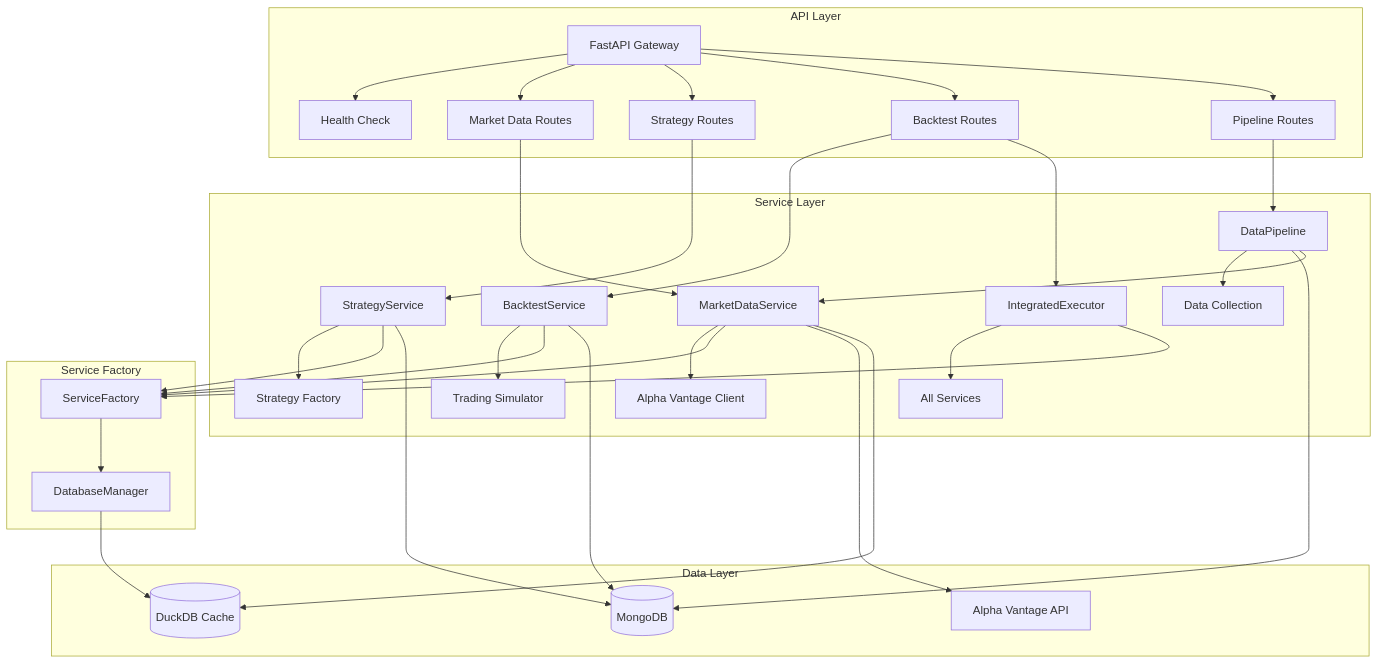
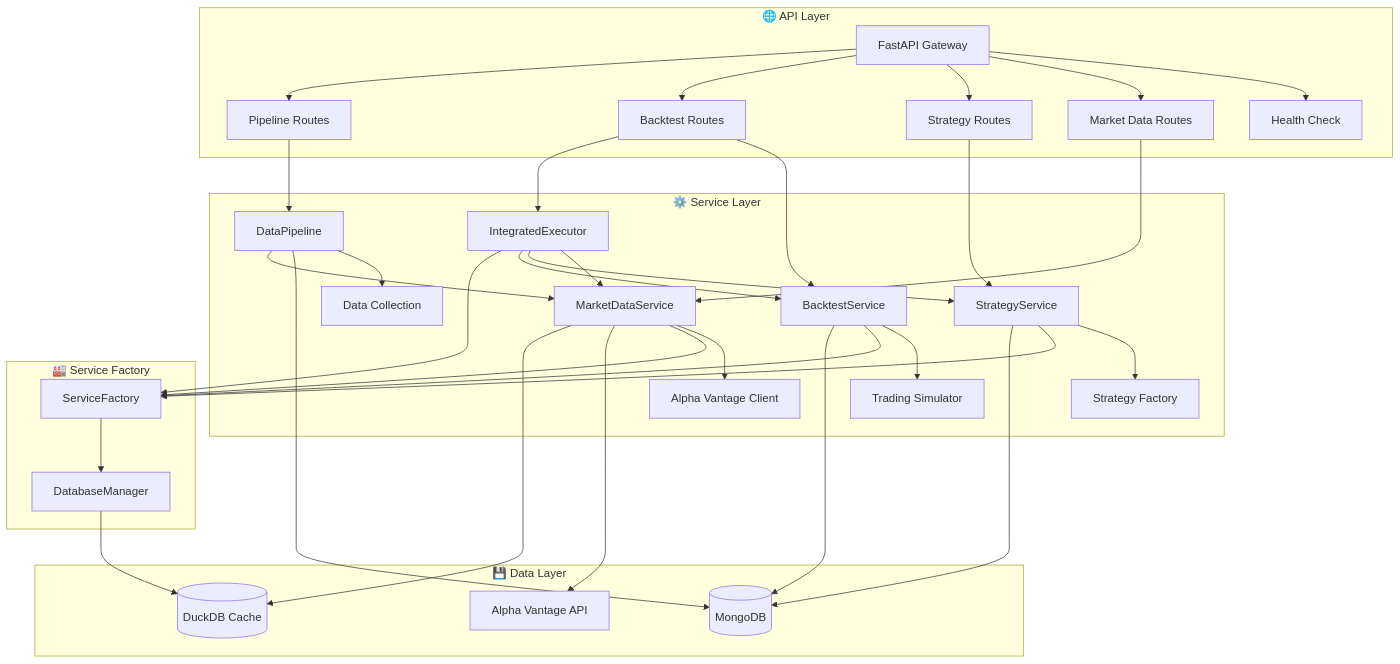
Before and after one commit to Br0therDan/quant: the first of 4 diagrams in README.md, drawn with Mermaid. The commit also changed 1 other file, not shown here.

Commit message:
fix: Update Mermaid diagram syntax for proper rendering

````diff
--- a/README.md
+++ b/README.md
@@ -9,48 +9,73 @@
 ```mermaid
 graph TB
-    subgraph "API Layer"
-        A[FastAPI Gateway] --> B[Health Check]
-        A --> C[Market Data Routes]
-        A --> D[Strategy Routes]
-        A --> E[Backtest Routes]
-        A --> F[Pipeline Routes]
+    subgraph API["🌐 API Layer"]
+        A[FastAPI Gateway]
+        B[Health Check]
+        C[Market Data Routes]
+        D[Strategy Routes]
+        E[Backtest Routes]
+        F[Pipeline Routes]
     end
 
-    subgraph "Service Layer"
-        G[MarketDataService] --> G1[Alpha Vantage Client]
-        H[StrategyService] --> H1[Strategy Factory]
-        I[BacktestService] --> I1[Trading Simulator]
-        J[DataPipeline] --> J1[Data Collection]
-        K[IntegratedExecutor] --> L[All Services]
+    subgraph SERVICE["⚙️ Service Layer"]
+        G[MarketDataService]
+        G1[Alpha Vantage Client]
+        H[StrategyService]
+        H1[Strategy Factory]
+        I[BacktestService]
+        I1[Trading Simulator]
+        J[DataPipeline]
+        J1[Data Collection]
+        K[IntegratedExecutor]
     end
 
-    subgraph "Data Layer"
+    subgraph DATA["💾 Data Layer"]
         M[(MongoDB)]
         N[(DuckDB Cache)]
         O[Alpha Vantage API]
     end
 
-    subgraph "Service Factory"
+    subgraph FACTORY["🏭 Service Factory"]
         SF[ServiceFactory]
         DM[DatabaseManager]
     end
 
+    %% API Layer Connections
+    A --> B
+    A --> C
+    A --> D
+    A --> E
+    A --> F
+
+    %% Service Layer Internal
+    G --> G1
+    H --> H1
+    I --> I1
+    J --> J1
+    K --> G
+    K --> H
+    K --> I
+
+    %% API to Service Connections
     C --> G
     D --> H
     E --> I
     F --> J
     E --> K
 
+    %% Service Factory Connections
     G --> SF
     H --> SF
     I --> SF
     K --> SF
     SF --> DM
     DM --> N
+
+    %% Data Connections
     G --> O
     G --> N
     H --> M
     I --> M
     J --> M
     J --> G
 ```
````
